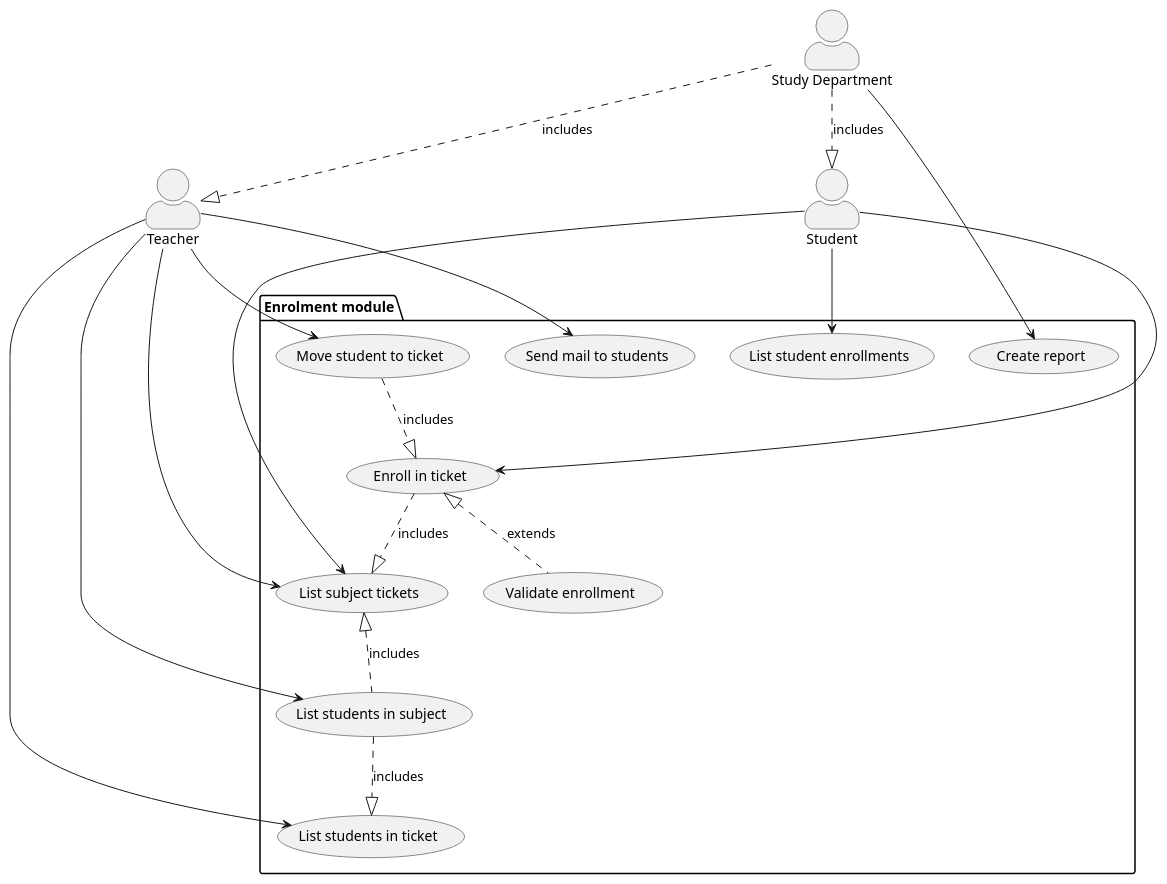
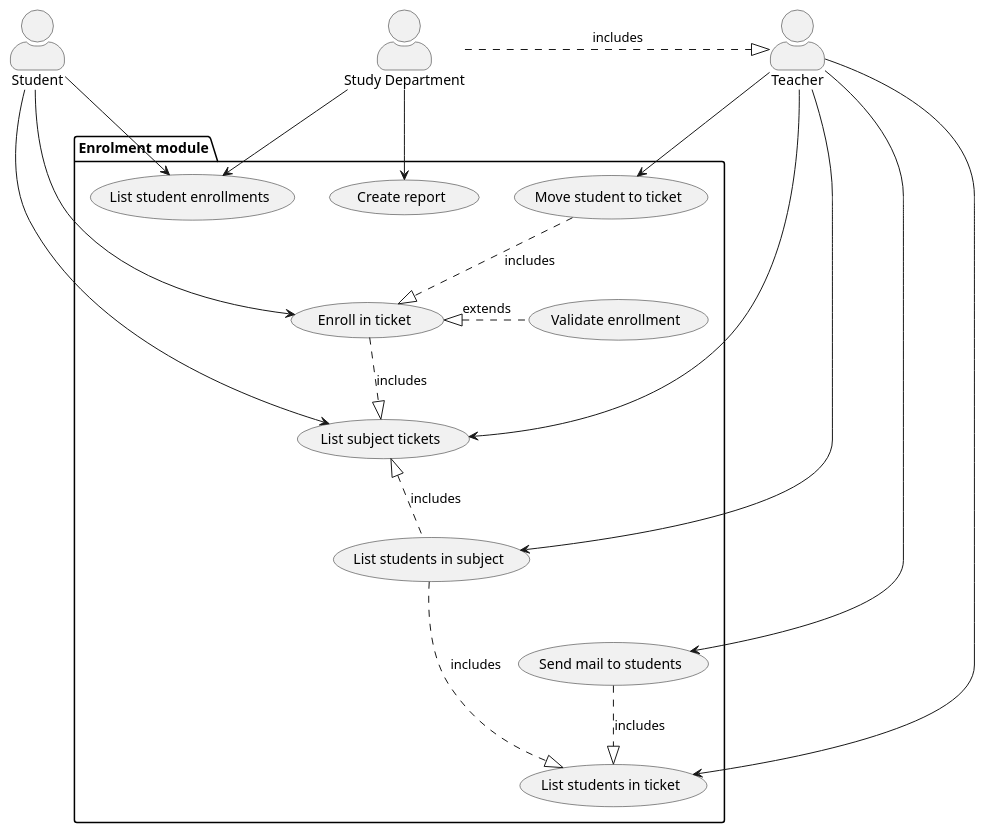
The diagram in cvicenie_1.md (viktor-bujko/nswi041_enrollments_module), drawn with PlantUML before and after one commit.

Commit message:
Edited the use-cases UML diagram

````diff
--- a/cvicenie_1.md
+++ b/cvicenie_1.md
@@ -88,46 +88,45 @@
 ```plantuml
 @startuml
 'left to right direction
 skinparam actorStyle awesome
 actor "Student" as student
 actor "Teacher" as teacher
 actor "Study Department" as studyDep
 
 package "Enrolment module" as EnrolmentModule {
   usecase "Enroll in ticket" as Enroll
   usecase "List student enrollments" as ListEnrollments
   usecase "List subject tickets" as ListSubjectTickets
   usecase "List students in ticket" as ListTicketStudents
   usecase "List students in subject" as ListSubjectStudents
   usecase "Move student to ticket" as MoveStudent
   usecase "Send mail to students" as SendMails
   usecase "Create report" as CreateReport
   usecase "Validate enrollment" as Validate
 }
 ' Extentions of use-cases
-Enroll <|.. Validate : extends
+Enroll <|. Validate : extends
 Enroll ..|> ListSubjectTickets : includes
 MoveStudent ..|> Enroll : includes
-ListSubjectStudents ..|> ListTicketStudents : includes
+ListSubjectStudents ...|> ListTicketStudents : includes
 ListSubjectTickets <|.. ListSubjectStudents : includes
+SendMails ..|> ListTicketStudents : includes
 
 
 ' Extentions of actors
-studyDep ..|> student : includes
-studyDep ..|> teacher : includes
-
+studyDep .|> teacher : includes
 
 student --> Enroll
 student --> ListEnrollments
 student --> ListSubjectTickets
 
 teacher --> MoveStudent
 teacher --> ListSubjectStudents
 teacher --> SendMails
 teacher --> ListTicketStudents
 teacher --> ListSubjectTickets
 
-studyDep --> CreateReport
-
+studyDep -> CreateReport
+studyDep -> ListEnrollments
 @enduml
 ```
````
